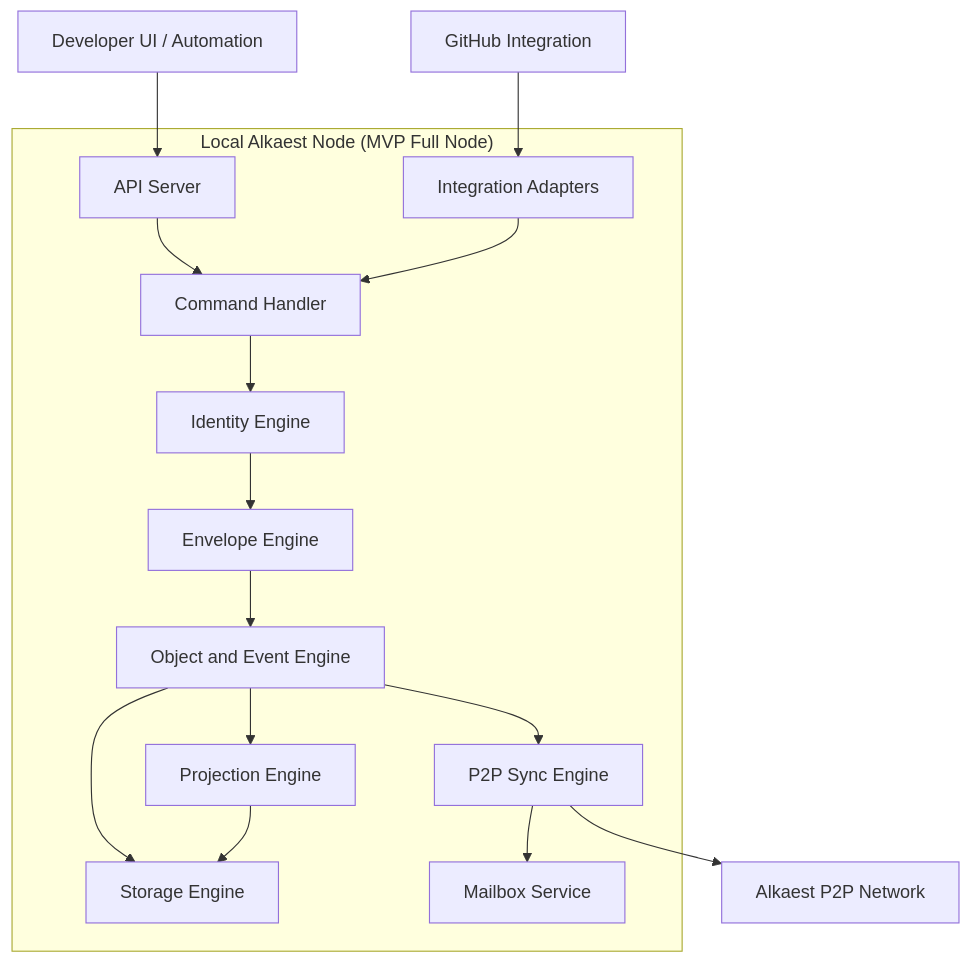
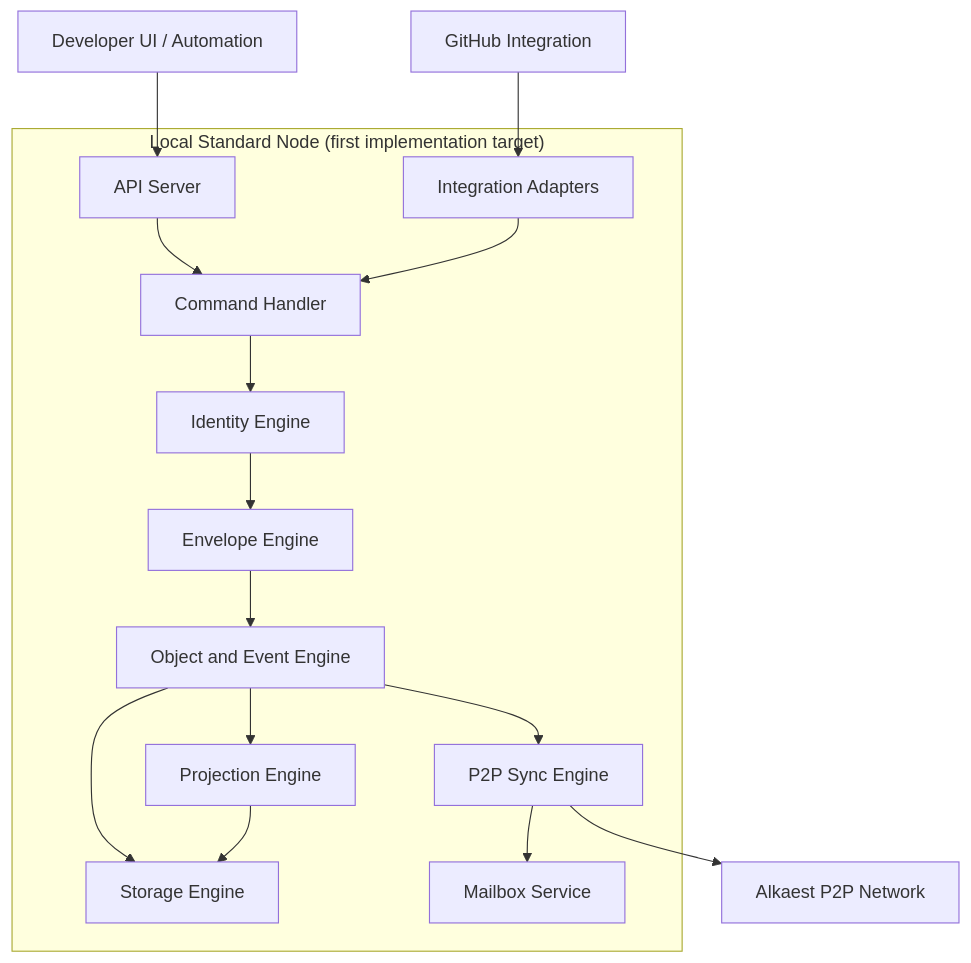
The diagram in docs/diagrams/node-architecture.md (alkaest-network/alkaest), drawn with Mermaid before and after one commit. The commit also changed other lines of this file and 60 other files, not shown here.

````diff
--- a/docs/diagrams/node-architecture.md
+++ b/docs/diagrams/node-architecture.md
@@ -3,20 +3,20 @@
 ```mermaid
 flowchart TD
     UI["Developer UI / Automation"] --> API["API Server"]
     GH["GitHub Integration"] --> ADAPTER["Integration Adapters"]
 
-    subgraph NODE["Local Alkaest Node (MVP Full Node)"]
+    subgraph NODE["Local Standard Node (first implementation target)"]
         API --> CMD["Command Handler"]
         ADAPTER --> CMD
         CMD --> ID["Identity Engine"]
         ID --> ENV["Envelope Engine"]
         ENV --> OBJ["Object and Event Engine"]
         OBJ --> PROJ["Projection Engine"]
         OBJ --> STORE["Storage Engine"]
         PROJ --> STORE
         OBJ --> SYNC["P2P Sync Engine"]
         SYNC --> MAIL["Mailbox Service"]
     end
 
     SYNC --> NET["Alkaest P2P Network"]
 ```
````
